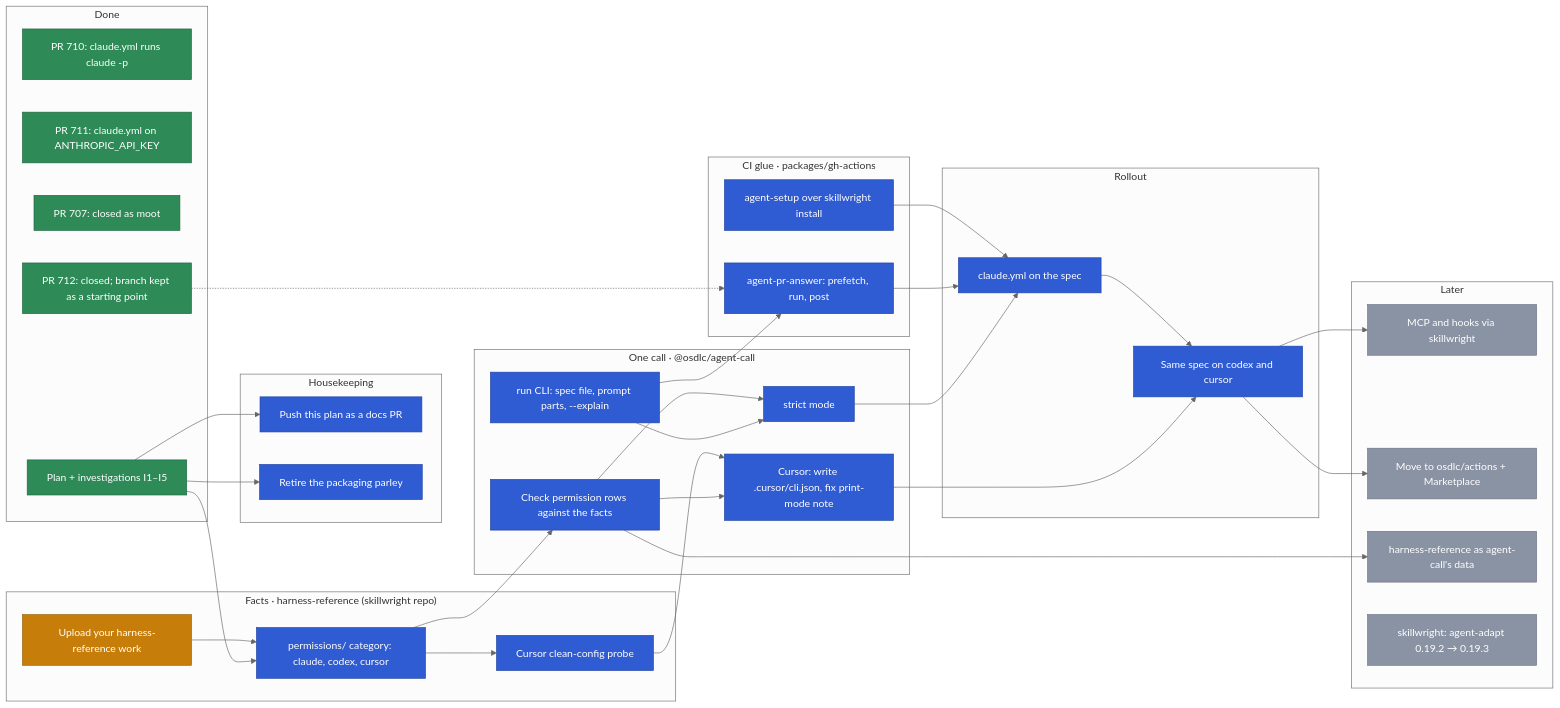
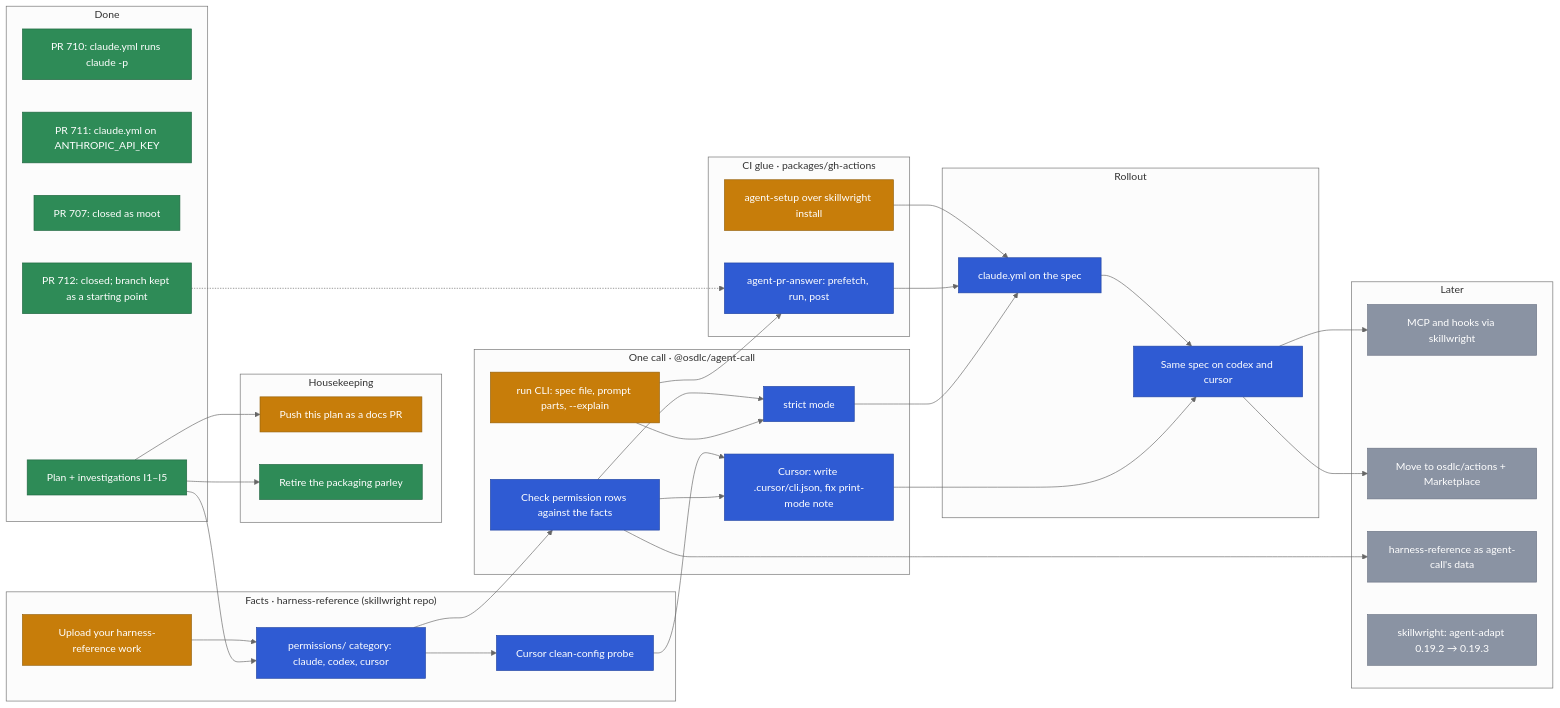
The diagram in docs/planning/agent-ci.md (osdlc/osdlc), drawn with Mermaid (neutral theme) before and after one commit. The commit also changed other lines of this file, not shown here.

Commit message:
docs(planning): start the plan PR, agent-call run and agent-setup

````diff
--- a/docs/planning/agent-ci.md
+++ b/docs/planning/agent-ci.md
@@ -29,72 +28,72 @@
 ```mermaid
 flowchart LR
   subgraph done["Done"]
     W710["PR 710: claude.yml runs claude -p"]
     P711["PR 711: claude.yml on ANTHROPIC_API_KEY"]
     P707["PR 707: closed as moot"]
     P712["PR 712: closed; branch kept as a starting point"]
     PLAN["Plan + investigations I1–I5"]
   end
   subgraph house["Housekeeping"]
     PLANPR["Push this plan as a docs PR"]
     PARLEY["Retire the packaging parley"]
   end
   subgraph facts["Facts · harness-reference (skillwright repo)"]
     UP["Upload your harness-reference work"]
     PERM["permissions/ category: claude, codex, cursor"]
     PROBE["Cursor clean-config probe"]
   end
   subgraph call["One call · @osdlc/agent-call"]
     RUN["run CLI: spec file, prompt parts, --explain"]
     CHECK["Check permission rows against the facts"]
     STRICT["strict mode"]
     CUR["Cursor: write .cursor/cli.json, fix print-mode note"]
   end
   subgraph acts["CI glue · packages/gh-actions"]
     SETUP["agent-setup over skillwright install"]
     ANS["agent-pr-answer: prefetch, run, post"]
   end
   subgraph roll["Rollout"]
     SPEC["claude.yml on the spec"]
     MULTI["Same spec on codex and cursor"]
   end
   subgraph later["Later"]
     MCP["MCP and hooks via skillwright"]
     PUB["Move to osdlc/actions + Marketplace"]
     DATA["harness-reference as agent-call's data"]
     PIN["skillwright: agent-adapt 0.19.2 → 0.19.3"]
   end
 
   PLAN --> PLANPR
   PLAN --> PARLEY
   UP --> PERM
   PLAN --> PERM
   PERM --> PROBE
   PERM --> CHECK
   CHECK --> STRICT
   RUN --> STRICT
   PROBE --> CUR
   CHECK --> CUR
   P712 -.-> ANS
   RUN --> ANS
   SETUP --> SPEC
   ANS --> SPEC
   STRICT --> SPEC
   SPEC --> MULTI
   CUR --> MULTI
   MULTI --> MCP
   MULTI --> PUB
   CHECK --> DATA
 
   classDef done fill:#2e8b57,stroke:#1f6640,color:#ffffff
   classDef review fill:#0f8a8a,stroke:#0a6666,color:#ffffff
   classDef ready fill:#7a4fc2,stroke:#5a3596,color:#ffffff
   classDef blocked fill:#c0392b,stroke:#8e2a20,color:#ffffff
   classDef active fill:#c77d0a,stroke:#94600a,color:#ffffff
   classDef next fill:#2f5bd3,stroke:#2144a3,color:#ffffff
   classDef later fill:#8a93a3,stroke:#6b7384,color:#ffffff
-  class W710,P711,P707,P712,PLAN done
-  class UP active
-  class PLANPR,PARLEY,PERM,PROBE,RUN,CHECK,STRICT,CUR,SETUP,ANS,SPEC,MULTI next
+  class W710,P711,P707,P712,PLAN,PARLEY done
+  class UP,PLANPR,RUN,SETUP active
+  class PERM,PROBE,CHECK,STRICT,CUR,ANS,SPEC,MULTI next
   class MCP,PUB,DATA,PIN later
 ```
````
